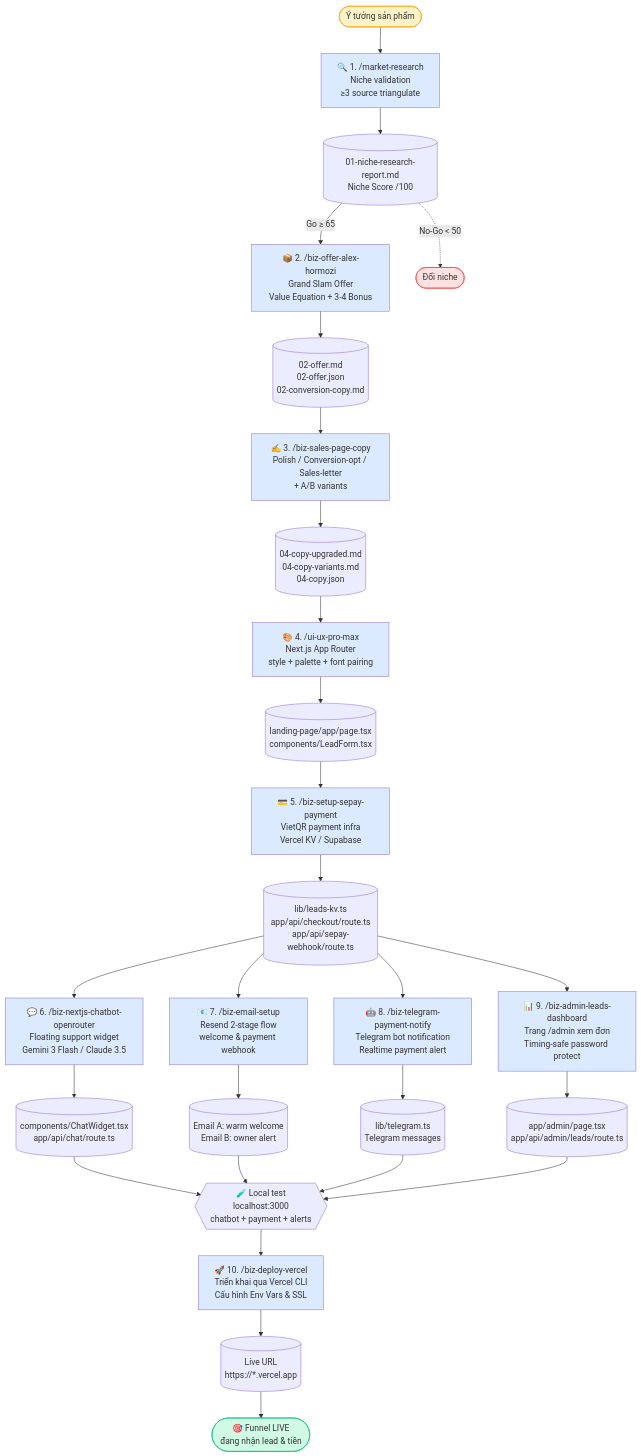
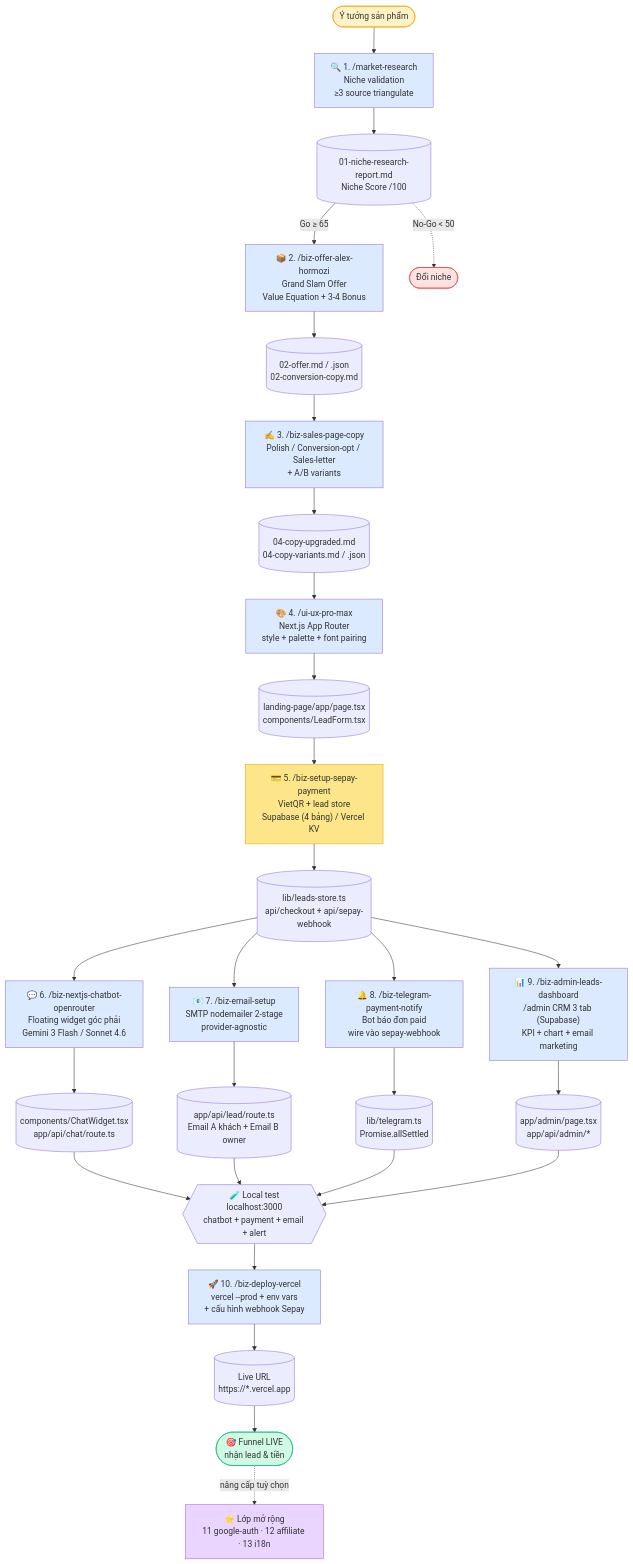
Before and after one commit to Lightingsang/MKT.LANDINGPAGE.SKILLS: the first of 3 diagrams in README.md, drawn with Mermaid. The commit also changed other lines of this file, not shown here.

Commit message:
docs: detailed pipeline guide + workflow diagrams in README

````diff
--- a/README.md
+++ b/README.md
@@ -48,59 +67,61 @@
 ```mermaid
 flowchart TD
     Start([Ý tưởng sản phẩm]) --> S1
 
     S1["🔍 1. /market-research<br/>Niche validation<br/>≥3 source triangulate"]
     S1 --> A1[("01-niche-research-report.md<br/>Niche Score /100")]
     A1 -->|"Go ≥ 65"| S2
     A1 -.->|"No-Go < 50"| Stop([Đổi niche])
 
     S2["📦 2. /biz-offer-alex-hormozi<br/>Grand Slam Offer<br/>Value Equation + 3-4 Bonus"]
-    S2 --> A2[("02-offer.md<br/>02-offer.json<br/>02-conversion-copy.md")]
+    S2 --> A2[("02-offer.md / .json<br/>02-conversion-copy.md")]
     A2 --> S3
 
     S3["✍️ 3. /biz-sales-page-copy<br/>Polish / Conversion-opt / Sales-letter<br/>+ A/B variants"]
-    S3 --> A3[("04-copy-upgraded.md<br/>04-copy-variants.md<br/>04-copy.json")]
+    S3 --> A3[("04-copy-upgraded.md<br/>04-copy-variants.md / .json")]
     A3 --> S4
 
     S4["🎨 4. /ui-ux-pro-max<br/>Next.js App Router<br/>style + palette + font pairing"]
     S4 --> A4[("landing-page/app/page.tsx<br/>components/LeadForm.tsx")]
     A4 --> S5
 
-    S5["💳 5. /biz-setup-sepay-payment<br/>VietQR payment infra<br/>Vercel KV / Supabase"]
-    S5 --> A5[("lib/leads-kv.ts<br/>app/api/checkout/route.ts<br/>app/api/sepay-webhook/route.ts")]
+    S5["💳 5. /biz-setup-sepay-payment<br/>VietQR + lead store<br/>Supabase (4 bảng) / Vercel KV"]
+    S5 --> A5[("lib/leads-store.ts<br/>api/checkout + api/sepay-webhook")]
     A5 --> S6 & S7 & S8 & S9
 
-    S6["💬 6. /biz-nextjs-chatbot-openrouter<br/>Floating support widget<br/>Gemini 3 Flash / Claude 3.5"]
+    S6["💬 6. /biz-nextjs-chatbot-openrouter<br/>Floating widget góc phải<br/>Gemini 3 Flash / Sonnet 4.6"]
     S6 --> A6[("components/ChatWidget.tsx<br/>app/api/chat/route.ts")]
 
-    S7["📧 7. /biz-email-setup<br/>Resend 2-stage flow<br/>welcome & payment webhook"]
-    S7 --> A7[("Email A: warm welcome<br/>Email B: owner alert")]
+    S7["📧 7. /biz-email-setup<br/>SMTP nodemailer 2-stage<br/>provider-agnostic"]
+    S7 --> A7[("app/api/lead/route.ts<br/>Email A khách + Email B owner")]
 
-    S8["🤖 8. /biz-telegram-payment-notify<br/>Telegram bot notification<br/>Realtime payment alert"]
-    S8 --> A8[("lib/telegram.ts<br/>Telegram messages")]
+    S8["🔔 8. /biz-telegram-payment-notify<br/>Bot báo đơn paid<br/>wire vào sepay-webhook"]
+    S8 --> A8[("lib/telegram.ts<br/>Promise.allSettled")]
 
-    S9["📊 9. /biz-admin-leads-dashboard<br/>Trang /admin xem đơn<br/>Timing-safe password protect"]
-    S9 --> A9[("app/admin/page.tsx<br/>app/api/admin/leads/route.ts")]
+    S9["📊 9. /biz-admin-leads-dashboard<br/>/admin CRM 3 tab (Supabase)<br/>KPI + chart + email marketing"]
+    S9 --> A9[("app/admin/page.tsx<br/>app/api/admin/*")]
 
-    A6 & A7 & A8 & A9 --> Local{{"🧪 Local test<br/>localhost:3000<br/>chatbot + payment + alerts"}}
+    A6 & A7 & A8 & A9 --> Local{{"🧪 Local test<br/>localhost:3000<br/>chatbot + payment + email + alert"}}
     Local --> S10
 
-    S10["🚀 10. /biz-deploy-vercel<br/>Triển khai qua Vercel CLI<br/>Cấu hình Env Vars & SSL"]
+    S10["🚀 10. /biz-deploy-vercel<br/>vercel --prod + env vars<br/>+ cấu hình webhook Sepay"]
     S10 --> A10[("Live URL<br/>https://*.vercel.app")]
 
-    A10 --> Live([🎯 Funnel LIVE<br/>đang nhận lead & tiền])
+    A10 --> Live([🎯 Funnel LIVE<br/>nhận lead & tiền])
+    Live -.nâng cấp tuỳ chọn.-> Ext["⭐ Lớp mở rộng<br/>11 google-auth · 12 affiliate · 13 i18n"]
 
     style Start fill:#fef3c7,stroke:#f59e0b
     style Live fill:#d1fae5,stroke:#10b981
     style Stop fill:#fee2e2,stroke:#ef4444
+    style Ext fill:#e9d5ff,stroke:#a855f7
     style S1 fill:#dbeafe
     style S2 fill:#dbeafe
     style S3 fill:#dbeafe
     style S4 fill:#dbeafe
-    style S5 fill:#dbeafe
+    style S5 fill:#fde68a,stroke:#f59e0b
     style S6 fill:#dbeafe
     style S7 fill:#dbeafe
     style S8 fill:#dbeafe
     style S9 fill:#dbeafe
     style S10 fill:#dbeafe
 ```
````
